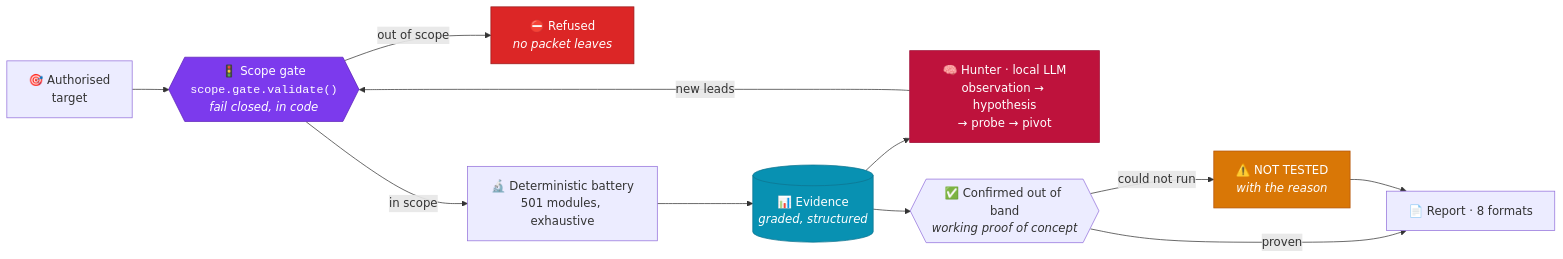
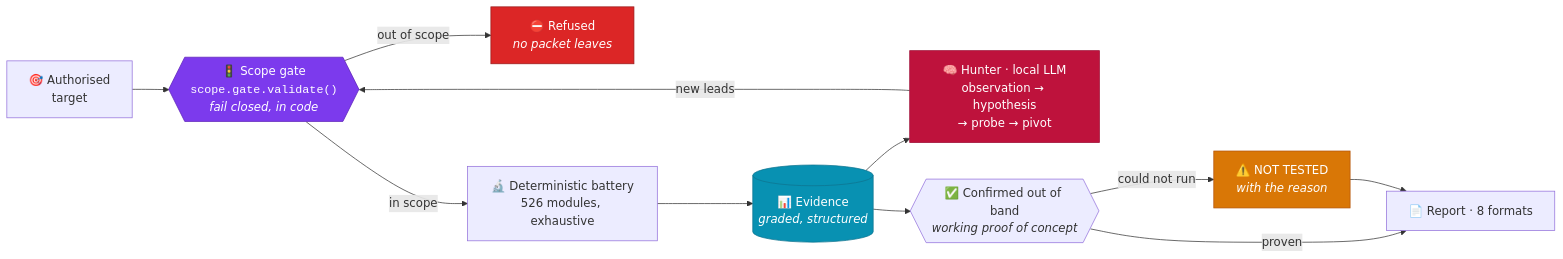
The diagram in README.md (huzorobi/huzorobi), drawn with Mermaid before and after one commit. The commit also changed other lines of this file, not shown here.

````diff
--- a/README.md
+++ b/README.md
@@ -69,19 +69,19 @@
 ```mermaid
 flowchart LR
     T["🎯 Authorised<br/>target"] --> G{{"🚦 Scope gate<br/><code>scope.gate.validate()</code><br/><i>fail closed, in code</i>"}}
     G -->|"out of scope"| X["⛔ Refused<br/><i>no packet leaves</i>"]
-    G -->|"in scope"| D["🔬 Deterministic battery<br/>501 modules, exhaustive"]
+    G -->|"in scope"| D["🔬 Deterministic battery<br/>526 modules, exhaustive"]
     D --> E[("📊 Evidence<br/><i>graded, structured</i>")]
     E --> H["🧠 Hunter · local LLM<br/>observation → hypothesis<br/>→ probe → pivot"]
     H -->|"new leads"| G
     E --> V{{"✅ Confirmed out of band<br/><i>working proof of concept</i>"}}
     V -->|"could not run"| N["⚠️ NOT TESTED<br/><i>with the reason</i>"]
     V -->|"proven"| R["📄 Report · 8 formats"]
     N --> R
 
     style G fill:#7c3aed,stroke:#5b21b6,color:#fff
     style X fill:#dc2626,stroke:#991b1b,color:#fff
     style H fill:#be123c,stroke:#9f1239,color:#fff
     style N fill:#d97706,stroke:#b45309,color:#fff
     style E fill:#0891b2,stroke:#0e7490,color:#fff
 ```
````
